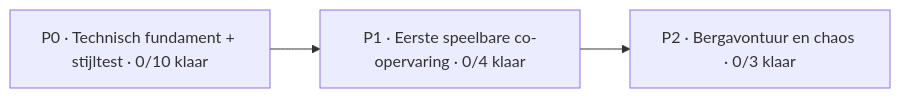
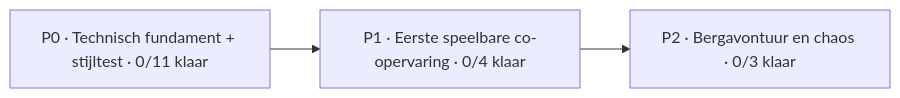
One commit to mlemson/conductor-chaos changed the diagram in Docs/PROJECT_BOARD.md. Above: the diagram before and after it, drawn with Mermaid. The commit also changed other lines of this file, not shown here.

````diff
--- a/Docs/PROJECT_BOARD.md
+++ b/Docs/PROJECT_BOARD.md
@@ -13,7 +13,7 @@
 ```mermaid
 flowchart LR
-    P0["P0 · Technisch fundament + stijltest · 0/10 klaar"]
+    P0["P0 · Technisch fundament + stijltest · 0/11 klaar"]
     P1["P1 · Eerste speelbare co-opervaring · 0/4 klaar"]
     P2["P2 · Bergavontuur en chaos · 0/3 klaar"]
     P0 --> P1 --> P2
 ```
````
